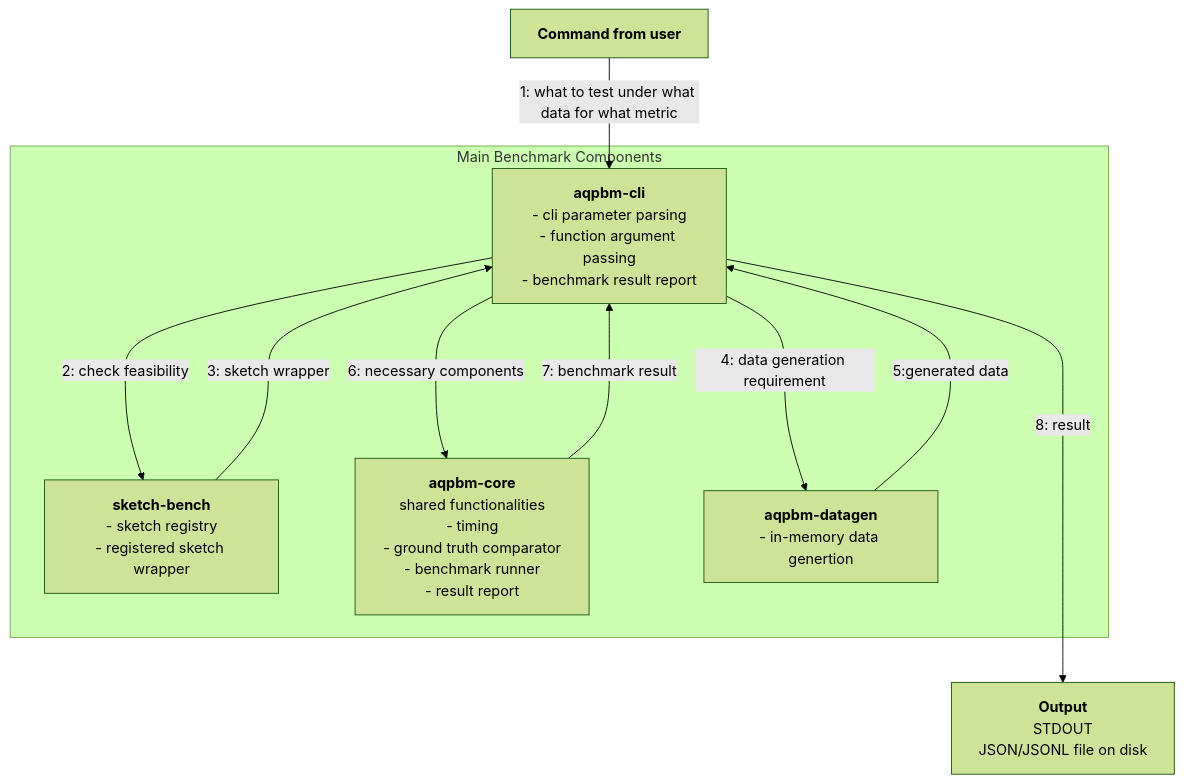
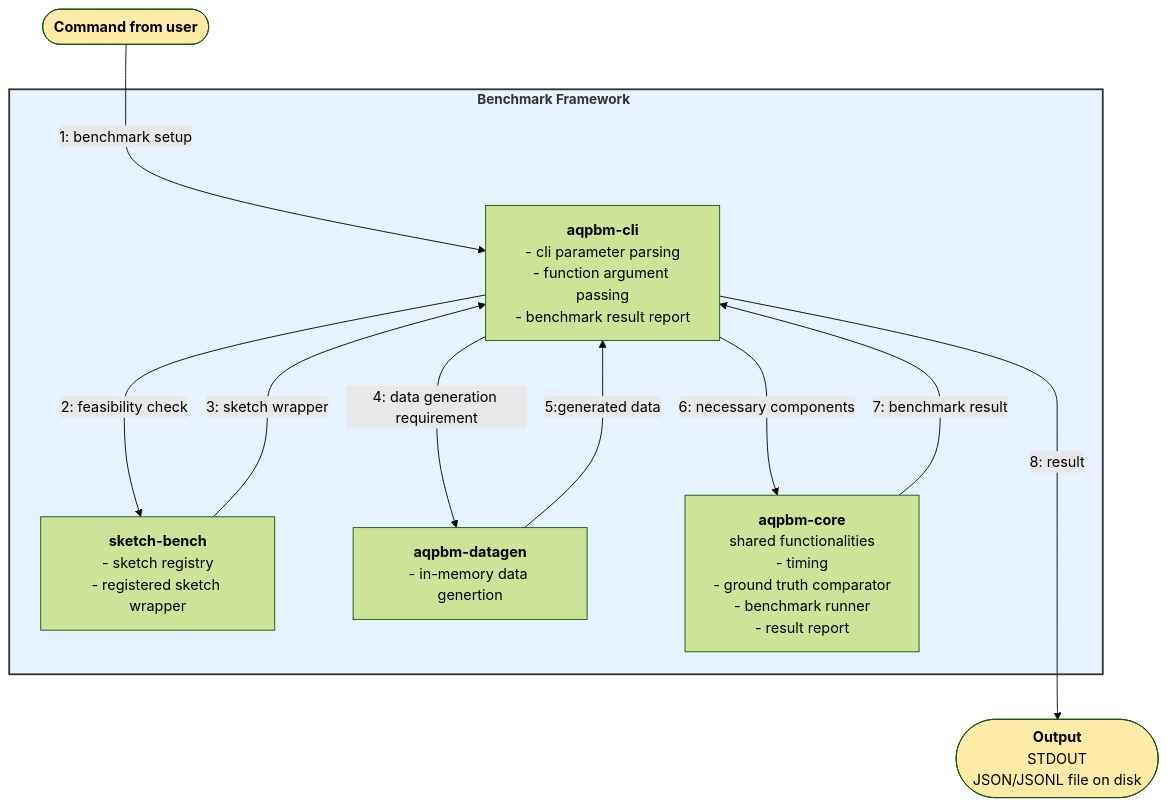
The diagram in docs/component_walk_through.md (ProjectASAP/sketch-bench), drawn with Mermaid (forest theme) before and after one commit. The commit also changed 1 other file, not shown here.

Commit message:
Minor adjust the layout of overview of graph in component_walk_through.md
Besides the minor adjustment, also add reference to root's README.md;
user should not expect a complete README at this moment;
instead, links to the actual doc is provided

````diff
--- a/docs/component_walk_through.md
+++ b/docs/component_walk_through.md
@@ -27,47 +27,56 @@
 ```mermaid
 flowchart TB
-commandline_input["`**Command from user**`"]
+commandline_input(["`**Command from user**`"]):::io
 
-commandline_input -->|"1: what to test under what data for what metric"| cli
-
-output["`**Output**
+output(["`**Output**
 STDOUT
-JSON/JSONL file on disk`"]
+JSON/JSONL file on disk`"]):::io
 
 cli ---->|"8: result"| output
 
-subgraph  Main Benchmark Components
+commandline_input --->|"1: benchmark setup"| cli
+
+subgraph  Main [Benchmark Framework]
+
+spacer["Benchmark Framework"]:::invisible
+
+style Main fill:#e6f2ff,stroke:#333,stroke-width:2px,font-size:15px,font-weight:bold
+
 cli["`**aqpbm-cli**
 - cli parameter parsing
 - function argument passing
 - benchmark result report`"]
 
 sketch-bench["`**sketch-bench**
 - sketch registry
 - registered sketch wrapper`"]
 
+aqpbm-datagen["`**aqpbm-datagen**
+- in-memory data genertion`"]
+
 aqpbm-core["`**aqpbm-core**
 shared functionalities
 - timing
 - ground truth comparator
 - benchmark runner
 - result report`"]
 
-aqpbm-datagen["`**aqpbm-datagen**
-- in-memory data genertion`"]
-
 sketch-bench --->|"3: sketch wrapper"| cli
-cli --->|"2: check feasibility"| sketch-bench
+cli --->|"2: feasibility check"| sketch-bench
 
 cli --->|"4: data generation requirement"| aqpbm-datagen
 aqpbm-datagen --->|"5:generated data"| cli
 
 cli --->|"6: necessary components"| aqpbm-core
 aqpbm-core --->|"7: benchmark result"| cli
 
 class aqp-bench,runtime future
 
+spacer~~~cli
+
 end
 
 classDef future stroke-dasharray: 5 5
+classDef invisible fill:none,stroke:none,color:transparent
+classDef io fill:#feeba8
 ```
````
